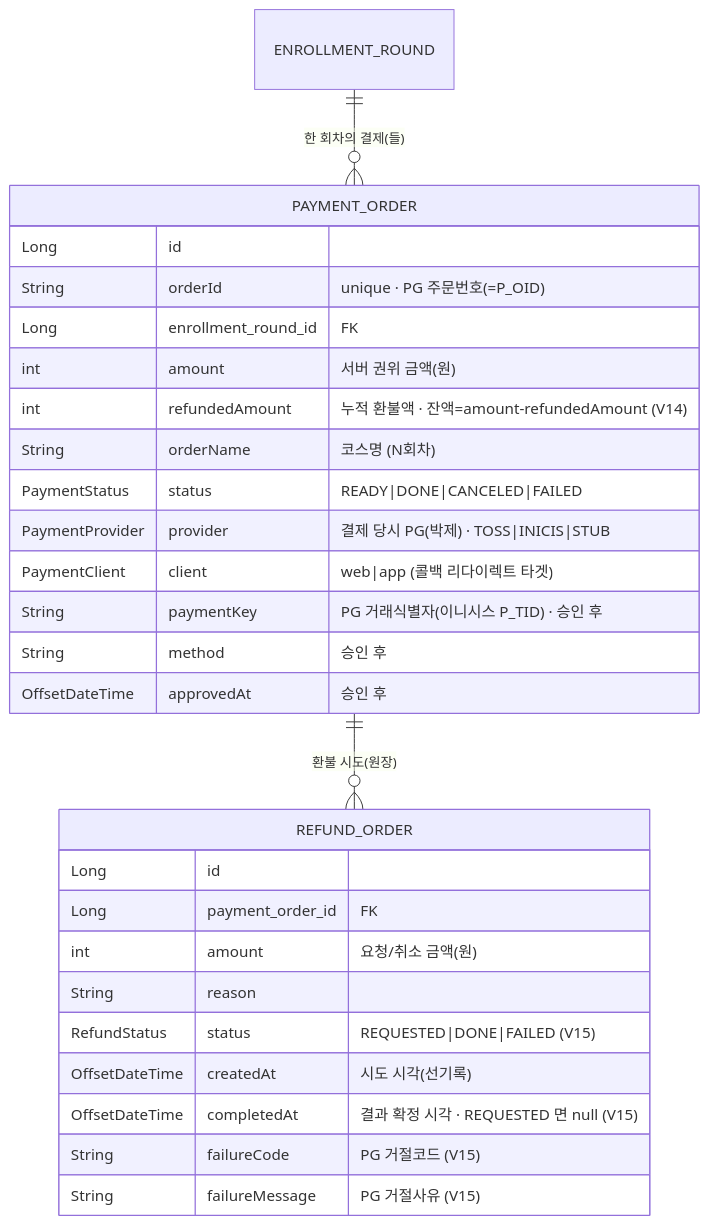
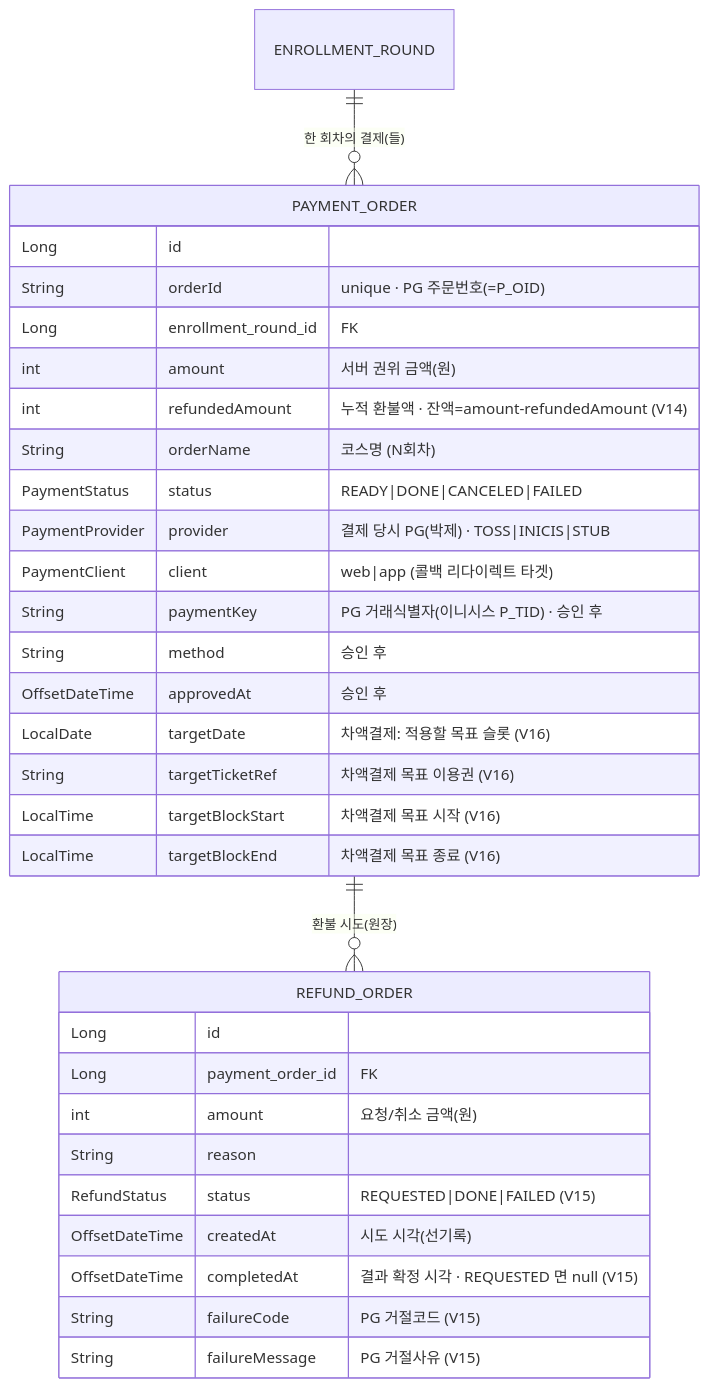
Before and after one commit to pungdong/Pungdong-Backend: the third of 3 diagrams in docs/architecture/payment.md, drawn with Mermaid. The commit also changed other lines of this file and 14 other files, not shown here.

````diff
--- a/docs/architecture/payment.md
+++ b/docs/architecture/payment.md
@@ -72,30 +93,34 @@
 ```mermaid
 erDiagram
     ENROLLMENT_ROUND ||--o{ PAYMENT_ORDER : "한 회차의 결제(들)"
     PAYMENT_ORDER {
         Long id
         String orderId "unique · PG 주문번호(=P_OID)"
         Long enrollment_round_id "FK"
         int amount "서버 권위 금액(원)"
         int refundedAmount "누적 환불액 · 잔액=amount-refundedAmount (V14)"
         String orderName "코스명 (N회차)"
         PaymentStatus status "READY|DONE|CANCELED|FAILED"
         PaymentProvider provider "결제 당시 PG(박제) · TOSS|INICIS|STUB"
         PaymentClient client "web|app (콜백 리다이렉트 타겟)"
         String paymentKey "PG 거래식별자(이니시스 P_TID) · 승인 후"
         String method "승인 후"
         OffsetDateTime approvedAt "승인 후"
+        LocalDate targetDate "차액결제: 적용할 목표 슬롯 (V16)"
+        String targetTicketRef "차액결제 목표 이용권 (V16)"
+        LocalTime targetBlockStart "차액결제 목표 시작 (V16)"
+        LocalTime targetBlockEnd "차액결제 목표 종료 (V16)"
     }
     PAYMENT_ORDER ||--o{ REFUND_ORDER : "환불 시도(원장)"
     REFUND_ORDER {
         Long id
         Long payment_order_id "FK"
         int amount "요청/취소 금액(원)"
         String reason
         RefundStatus status "REQUESTED|DONE|FAILED (V15)"
         OffsetDateTime createdAt "시도 시각(선기록)"
         OffsetDateTime completedAt "결과 확정 시각 · REQUESTED 면 null (V15)"
         String failureCode "PG 거절코드 (V15)"
         String failureMessage "PG 거절사유 (V15)"
     }
 ```
````
